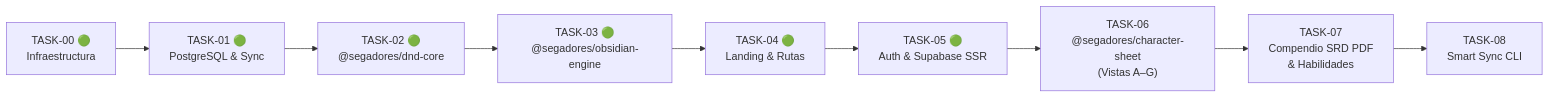
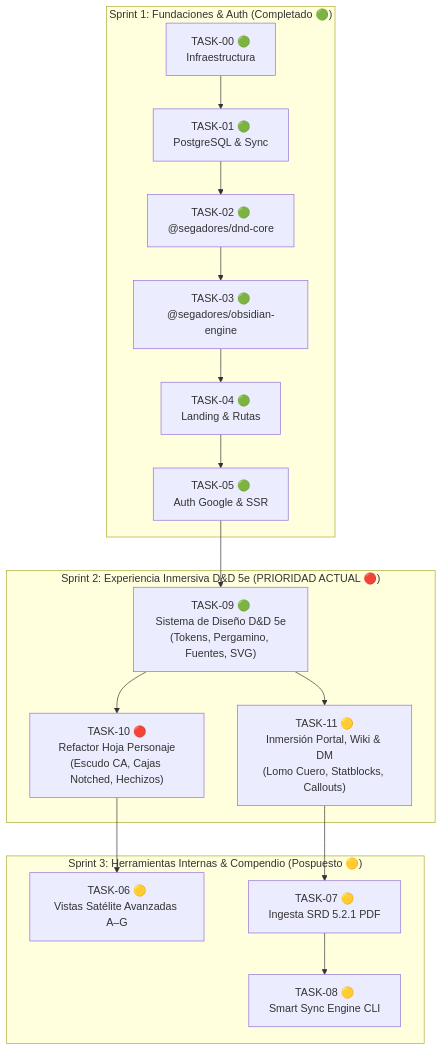
The diagram in docs/tasks/README.md (williamatr/SegadoresDnD), drawn with Mermaid before and after one commit. The commit also changed other lines of this file and 63 other files, not shown here.

````diff
--- a/docs/tasks/README.md
+++ b/docs/tasks/README.md
@@ -43,11 +65,22 @@
 ```mermaid
-flowchart LR
-    T00["TASK-00 🟢\nInfraestructura"] --> T01["TASK-01 🟢\nPostgreSQL & Sync"]
-    T01 --> T02["TASK-02 🟢\n@segadores/dnd-core"]
-    T02 --> T03["TASK-03 🟢\n@segadores/obsidian-engine"]
-    T03 --> T04["TASK-04 🟢\nLanding & Rutas"]
-    T04 --> T05["TASK-05 🟢\nAuth & Supabase SSR"]
-    T05 --> T06["TASK-06\n@segadores/character-sheet\n(Vistas A–G)"]
-    T06 --> T07["TASK-07\nCompendio SRD PDF\n& Habilidades"]
-    T07 --> T08["TASK-08\nSmart Sync CLI"]
+flowchart TD
+    subgraph Sprint1["Sprint 1: Fundaciones & Auth (Completado 🟢)"]
+        T00["TASK-00 🟢\nInfraestructura"] --> T01["TASK-01 🟢\nPostgreSQL & Sync"]
+        T01 --> T02["TASK-02 🟢\n@segadores/dnd-core"]
+        T02 --> T03["TASK-03 🟢\n@segadores/obsidian-engine"]
+        T03 --> T04["TASK-04 🟢\nLanding & Rutas"]
+        T04 --> T05["TASK-05 🟢\nAuth Google & SSR"]
+    end
+
+    subgraph Sprint2["Sprint 2: Experiencia Inmersiva D&D 5e (PRIORIDAD ACTUAL 🔴)"]
+        T05 --> T09["TASK-09 🟢\nSistema de Diseño D&D 5e\n(Tokens, Pergamino, Fuentes, SVG)"]
+        T09 --> T10["TASK-10 🔴\nRefactor Hoja Personaje\n(Escudo CA, Cajas Notched, Hechizos)"]
+        T09 --> T11["TASK-11 🟡\nInmersión Portal, Wiki & DM\n(Lomo Cuero, Statblocks, Callouts)"]
+    end
+
+    subgraph Sprint3["Sprint 3: Herramientas Internas & Compendio (Pospuesto 🟡)"]
+        T10 --> T06["TASK-06 🟡\nVistas Satélite Avanzadas A–G"]
+        T11 --> T07["TASK-07 🟡\nIngesta SRD 5.2.1 PDF"]
+        T07 --> T08["TASK-08 🟡\nSmart Sync Engine CLI"]
+    end
 ```
````
